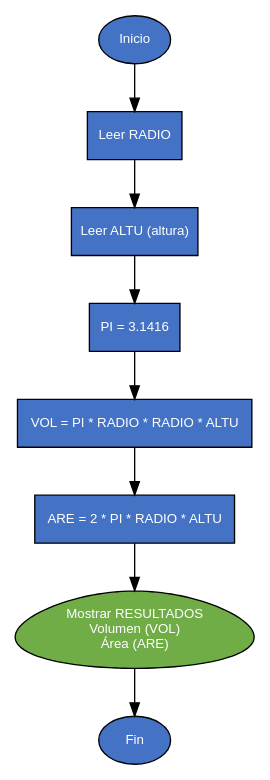
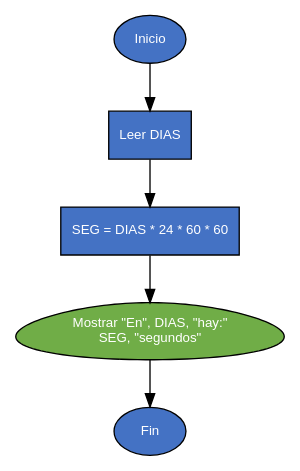
One commit to ISAIMCH/EjerciciosJava changed the diagram in Diagramas/problema-1-6-pag-44.dot. Above: the diagram before and after it, drawn with Graphviz. The commit also changed 15 other files, not shown here.

Commit message:
Nuevos diagramas

```diff
--- a/Diagramas/problema-1-6-pag-44.dot
+++ b/Diagramas/problema-1-6-pag-44.dot
@@ -1,31 +1,25 @@
 digraph Problema_1_6_PAG_44 {
     rankdir=TB;
     node [fontname="Arial" fontsize=10];
     
     // Inicio/Fin (Óvalo - ellipse)
     inicio [shape=ellipse label="Inicio" style=filled fillcolor="#4472C4" fontcolor=white];
     
     // Entrada de datos (Rectángulos - box)
-    entrada1 [shape=box label="Leer RADIO" style=filled fillcolor="#4472C4" fontcolor=white];
-    entrada2 [shape=box label="Leer ALTU (altura)" style=filled fillcolor="#4472C4" fontcolor=white];
+    entrada [shape=box label="Leer DIAS" style=filled fillcolor="#4472C4" fontcolor=white];
     
-    // Procesos (Rectángulos - box)
-    proc1 [shape=box label="PI = 3.1416" style=filled fillcolor="#4472C4" fontcolor=white];
-    proc2 [shape=box label="VOL = PI * RADIO * RADIO * ALTU" style=filled fillcolor="#4472C4" fontcolor=white];
-    proc3 [shape=box label="ARE = 2 * PI * RADIO * ALTU" style=filled fillcolor="#4472C4" fontcolor=white];
+    // Proceso (Rectángulo - box)
+    proc [shape=box label="SEG = DIAS * 24 * 60 * 60" style=filled fillcolor="#4472C4" fontcolor=white];
     
     // Salida de datos (Egg shape)
-    salida [shape=egg label="Mostrar RESULTADOS\nVolumen (VOL)\nÁrea (ARE)" style=filled fillcolor="#70AD47" fontcolor=white];
+    salida [shape=egg label="Mostrar \"En\", DIAS, \"hay:\"\nSEG, \"segundos\"" style=filled fillcolor="#70AD47" fontcolor=white];
     
     // Fin
     fin [shape=ellipse label="Fin" style=filled fillcolor="#4472C4" fontcolor=white];
     
     // Conexiones con flechas
-    inicio -> entrada1;
-    entrada1 -> entrada2;
-    entrada2 -> proc1;
-    proc1 -> proc2;
-    proc2 -> proc3;
-    proc3 -> salida;
+    inicio -> entrada;
+    entrada -> proc;
+    proc -> salida;
     salida -> fin;
 }
```
